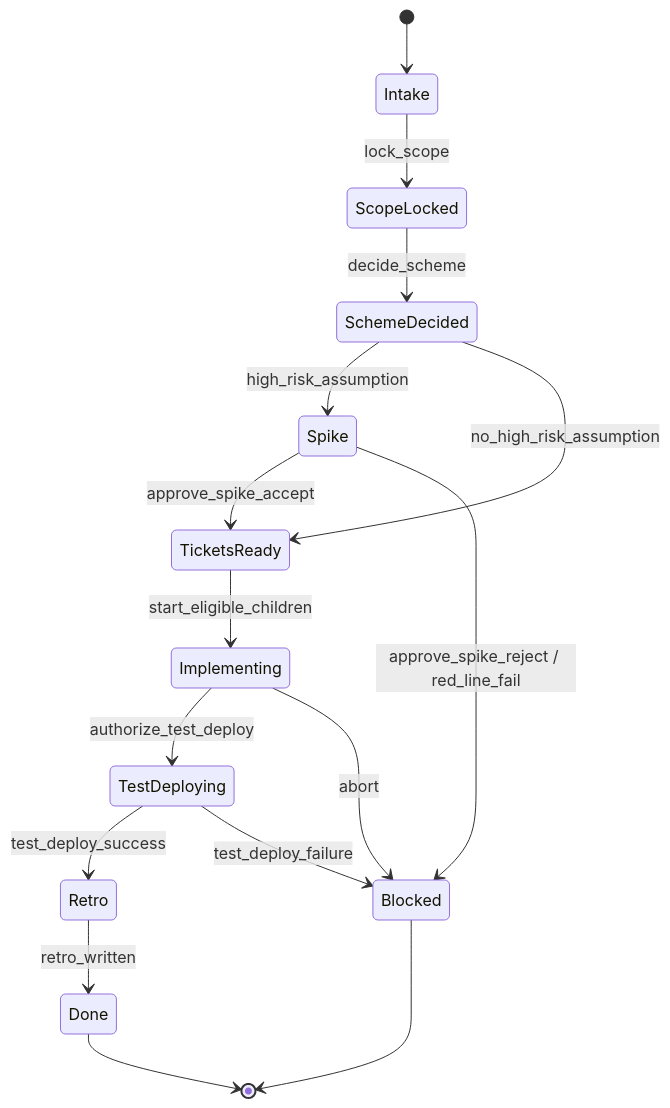
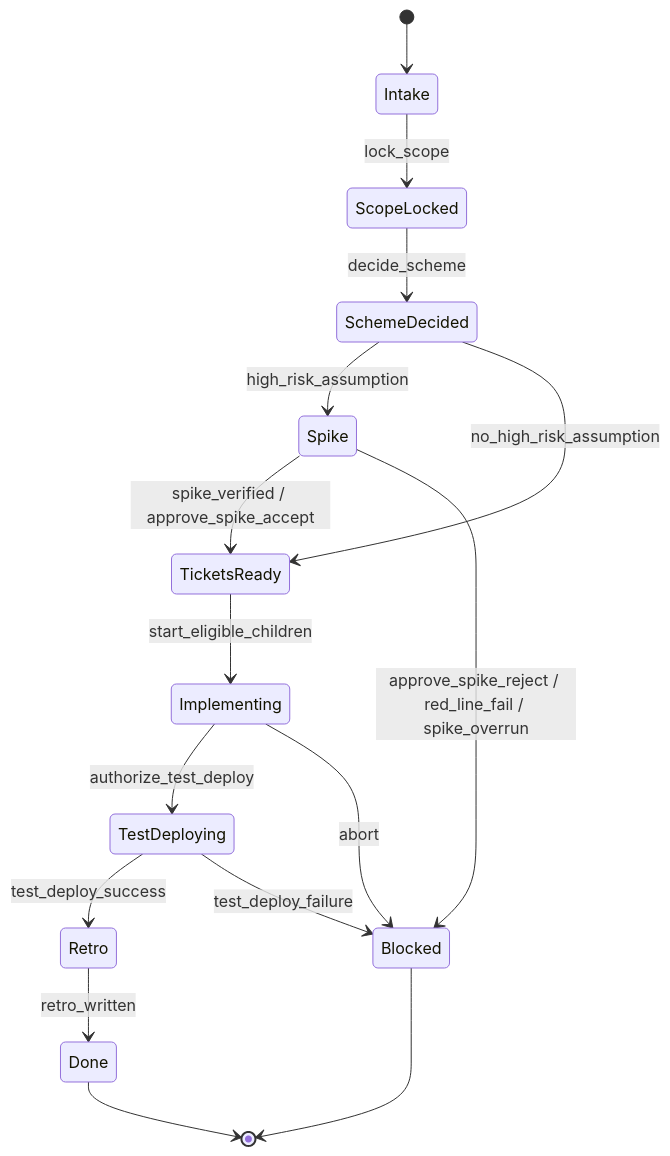
Before and after one commit to JoeSmile/dev-pipeline: the first of 2 diagrams in docs/architecture/dev-pipeline.md, drawn with Mermaid. The commit also changed other lines of this file and 23 other files, not shown here.

````diff
--- a/docs/architecture/dev-pipeline.md
+++ b/docs/architecture/dev-pipeline.md
@@ -13,18 +13,18 @@
 ```mermaid
 stateDiagram-v2
     [*] --> Intake
     Intake --> ScopeLocked: lock_scope
     ScopeLocked --> SchemeDecided: decide_scheme
     SchemeDecided --> Spike: high_risk_assumption
     SchemeDecided --> TicketsReady: no_high_risk_assumption
-    Spike --> TicketsReady: approve_spike_accept
-    Spike --> Blocked: approve_spike_reject / red_line_fail
+    Spike --> TicketsReady: spike_verified / approve_spike_accept
+    Spike --> Blocked: approve_spike_reject / red_line_fail / spike_overrun
     TicketsReady --> Implementing: start_eligible_children
     Implementing --> TestDeploying: authorize_test_deploy
     TestDeploying --> Retro: test_deploy_success
     TestDeploying --> Blocked: test_deploy_failure
     Retro --> Done: retro_written
     Implementing --> Blocked: abort
     Blocked --> [*]
     Done --> [*]
 ```
````
